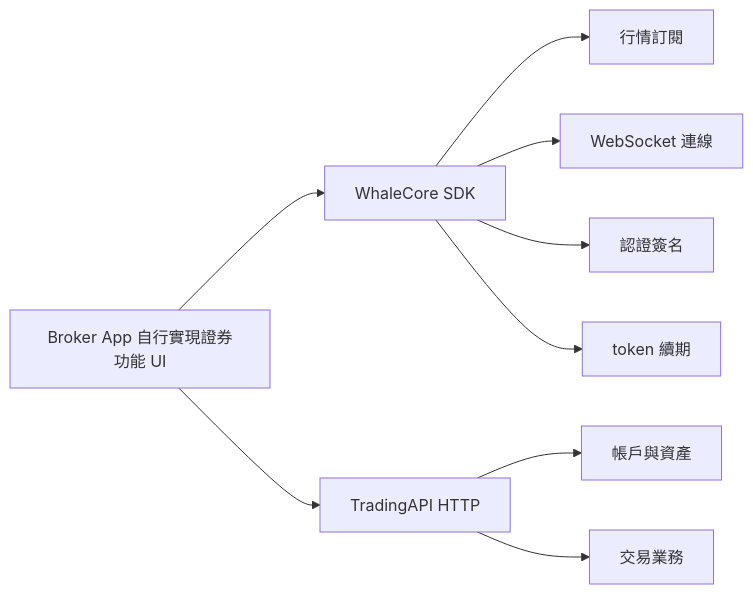
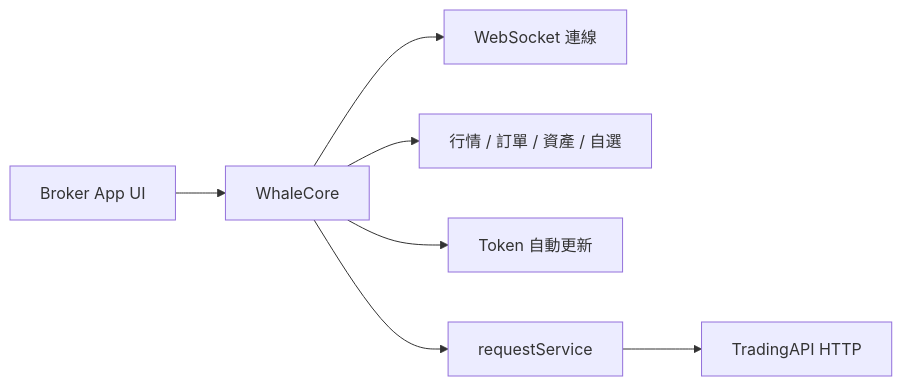
One commit to longbridge/whale-docs changed the diagram in docs/zh-HK/trading-api/overview.mdx. Above: the diagram before and after it, drawn with Mermaid. The commit also changed other lines of this file and 58 other files, not shown here.

First line of the commit message:
docs: clarify TradingAPI runs through WhaleCore, rename WhaleCoreSDK to WhaleCore, and sync SDK/TradingAPI updates (#70)

````diff
--- a/docs/zh-HK/trading-api/overview.mdx
+++ b/docs/zh-HK/trading-api/overview.mdx
@@ -13,11 +17,9 @@
 ```mermaid
 flowchart LR
-    A[Broker App 自行實現證券功能 UI] --> B[WhaleCore SDK]
-    A --> C[TradingAPI HTTP]
-    B --> D[行情訂閱]
-    B --> E[WebSocket 連線]
-    B --> F[認證簽名]
-    B --> G[token 續期]
-    C --> H[帳戶與資產]
-    C --> I[交易業務]
+    A[Broker App UI] --> B[WhaleCore]
+    B --> C[WebSocket 連線]
+    B --> D[行情 / 訂單 / 資產 / 自選]
+    B --> E[Token 自動更新]
+    B --> F[requestService]
+    F --> G[TradingAPI HTTP]
 ```
````
